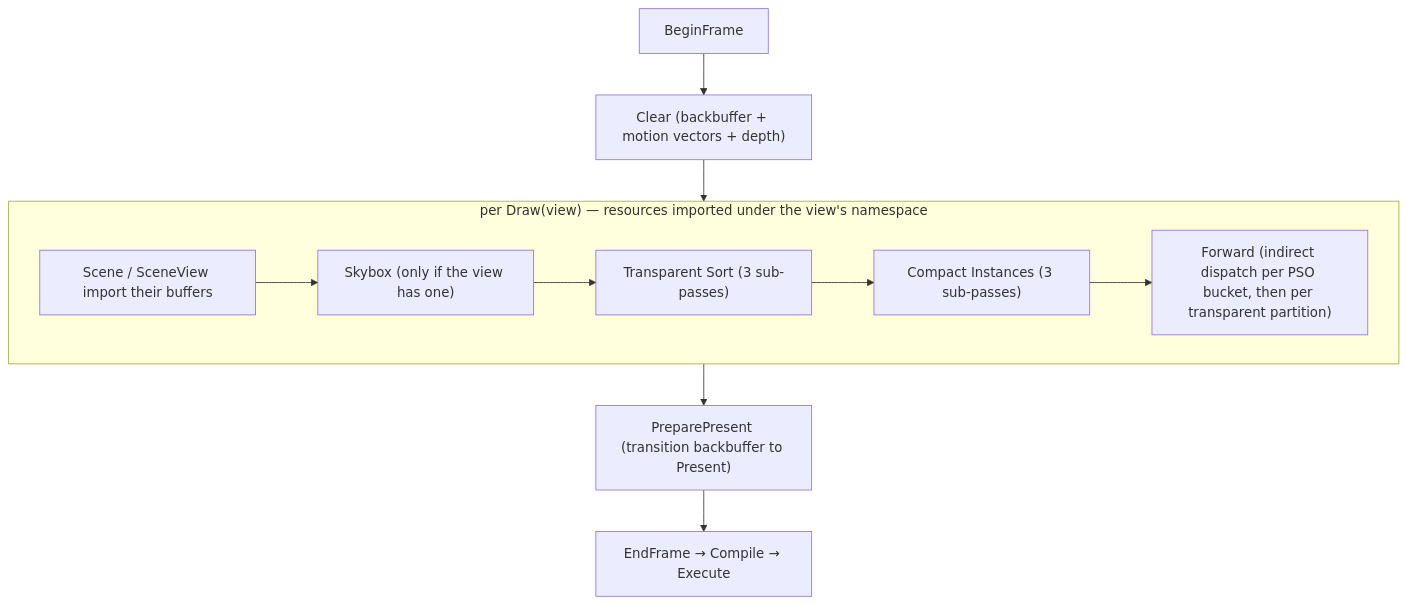
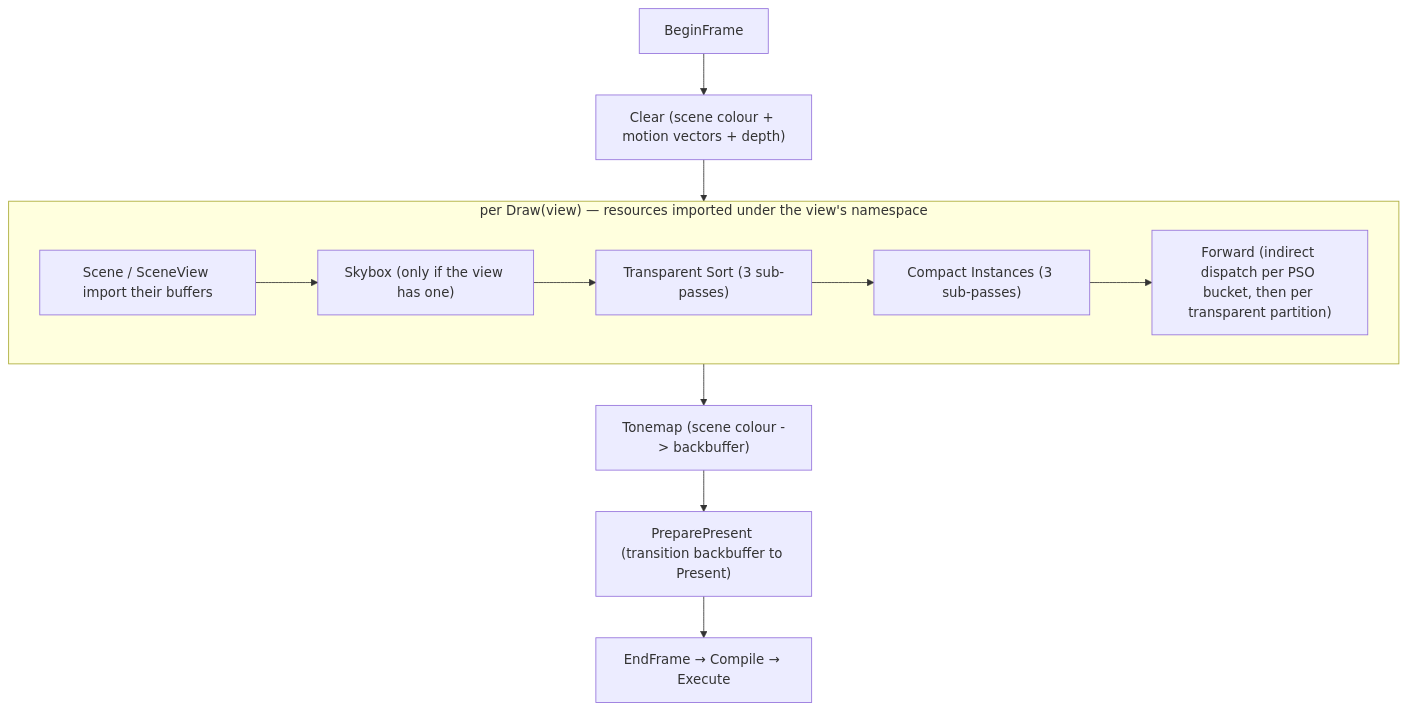
Before and after one commit to alexjiang200407/bernini: the diagram in docs/passes.md, drawn with Mermaid. The commit also changed other lines of this file and 25 other files, not shown here.

````diff
--- a/docs/passes.md
+++ b/docs/passes.md
@@ -24,13 +24,14 @@
 ```mermaid
 flowchart TD
-    BF["BeginFrame"] --> CLR["Clear (backbuffer + motion vectors + depth)"]
+    BF["BeginFrame"] --> CLR["Clear (scene colour + motion vectors + depth)"]
     CLR --> D["per Draw(view)"]
     subgraph D["per Draw(view) — resources imported under the view's namespace"]
         IMP["Scene / SceneView import their buffers"] --> SKY["Skybox (only if the view has one)"]
         SKY --> TS["Transparent Sort (3 sub-passes)"]
         TS --> CI["Compact Instances (3 sub-passes)"]
         CI --> FWD["Forward (indirect dispatch per PSO bucket, then per transparent partition)"]
     end
-    D --> PP["PreparePresent (transition backbuffer to Present)"]
+    D --> TM["Tonemap (scene colour -> backbuffer)"]
+    TM --> PP["PreparePresent (transition backbuffer to Present)"]
     PP --> EF["EndFrame → Compile → Execute"]
 ```
````
